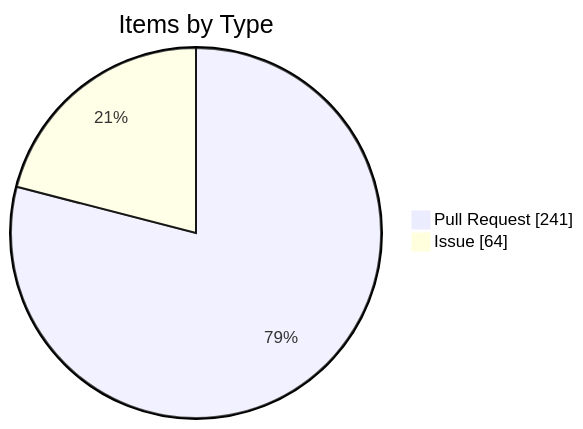
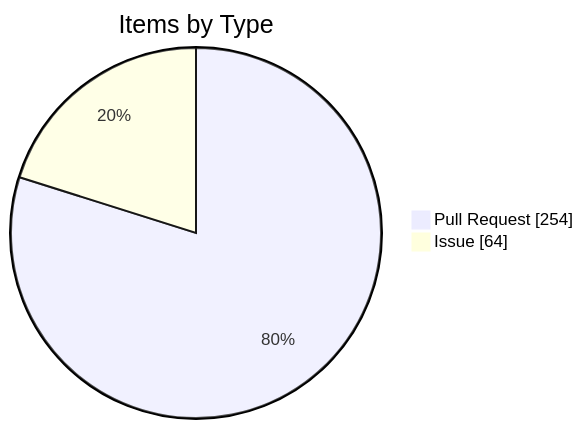
The fourth of 4 diagrams in apps/kbve/astro-kbve/src/content/docs/dashboard/kanban-data.mdx (KBVE/kbve), drawn with Mermaid before and after one commit. The commit also changed other lines of this file and 8 other files, not shown here.

````diff
--- a/apps/kbve/astro-kbve/src/content/docs/dashboard/kanban-data.mdx
+++ b/apps/kbve/astro-kbve/src/content/docs/dashboard/kanban-data.mdx
@@ -115,6 +116,6 @@
 ```mermaid
 pie showData
     title Items by Type
-    "Pull Request" : 241
+    "Pull Request" : 254
     "Issue" : 64
 ```
````
